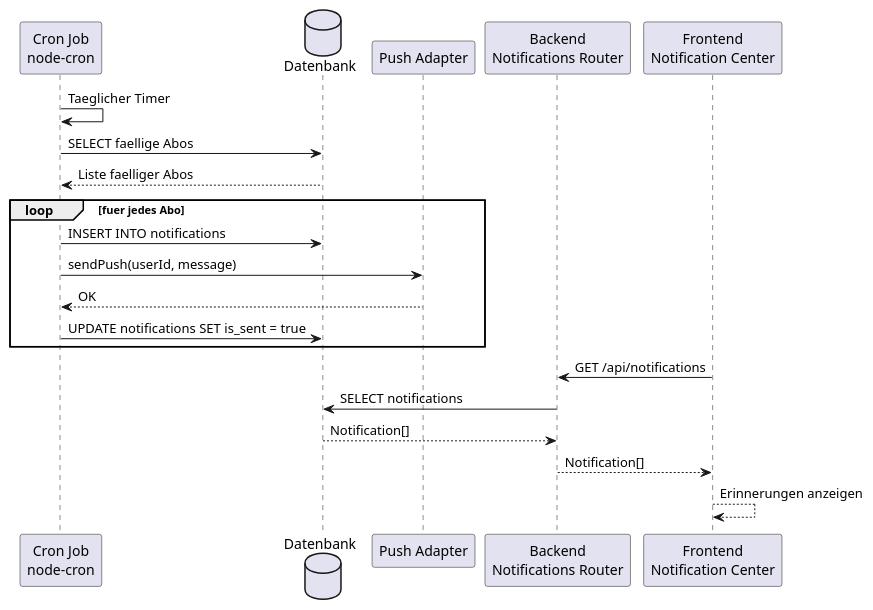
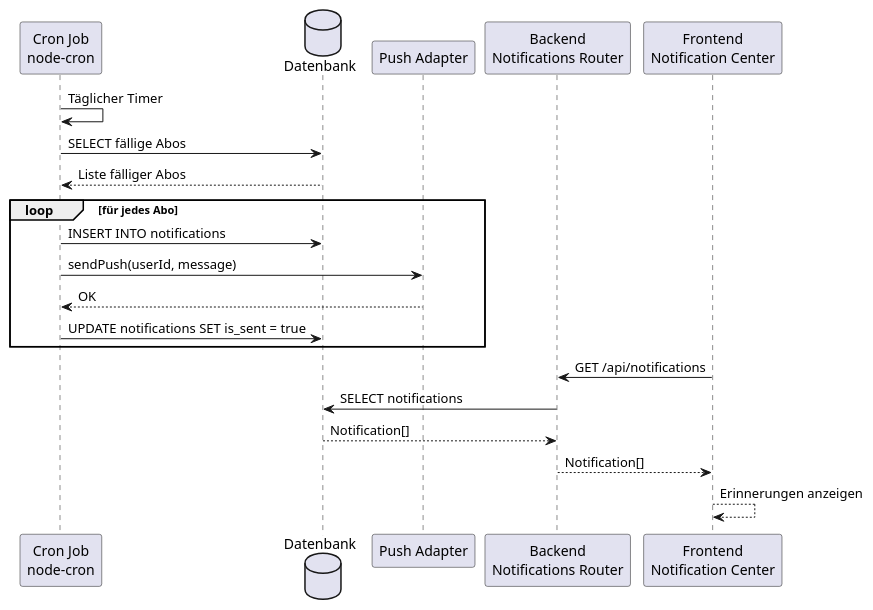
Before and after one commit to momel13/SubscriptionGuard-E2: the sixth of 9 diagrams in docs/technical/design.adoc, drawn with PlantUML. The commit also changed other lines of this file, not shown here.

```diff
--- a/docs/technical/design.adoc
+++ b/docs/technical/design.adoc
@@ -577,25 +574,25 @@
 [plantuml,sequence-deadline-check,svg]
 ----
 @startuml
 participant "Cron Job\nnode-cron" as Cron
 database "Datenbank" as DB
 participant "Push Adapter" as Push
 participant "Backend\nNotifications Router" as BE
 participant "Frontend\nNotification Center" as FE
 
-Cron -> Cron : Taeglicher Timer
-Cron -> DB : SELECT faellige Abos
-DB --> Cron : Liste faelliger Abos
-loop fuer jedes Abo
+Cron -> Cron : Täglicher Timer
+Cron -> DB : SELECT fällige Abos
+DB --> Cron : Liste fälliger Abos
+loop für jedes Abo
   Cron -> DB : INSERT INTO notifications
   Cron -> Push : sendPush(userId, message)
   Push --> Cron : OK
   Cron -> DB : UPDATE notifications SET is_sent = true
 end
 FE -> BE : GET /api/notifications
 BE -> DB : SELECT notifications
 DB --> BE : Notification[]
 BE --> FE : Notification[]
 FE --> FE : Erinnerungen anzeigen
 @enduml
 ----
```
